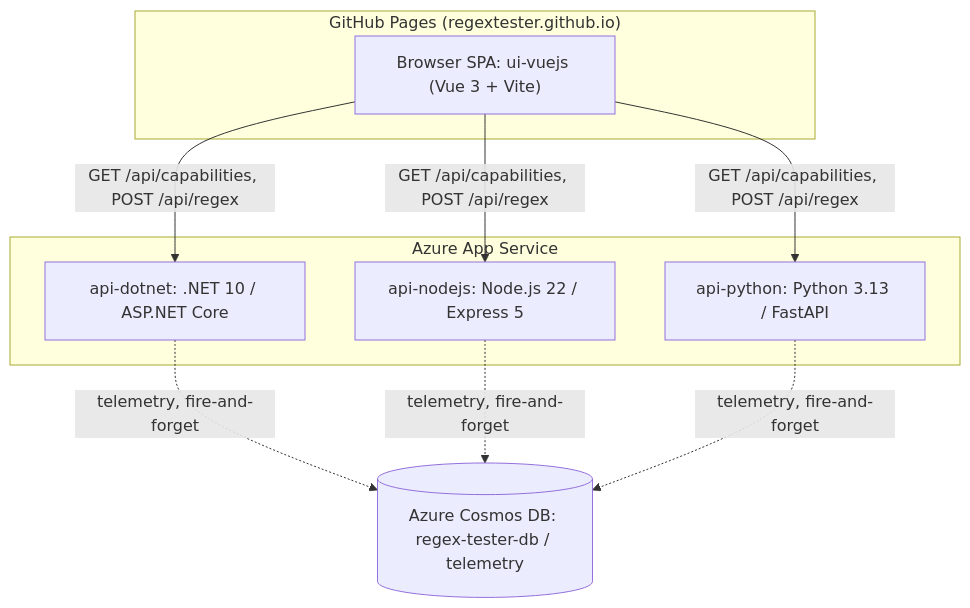
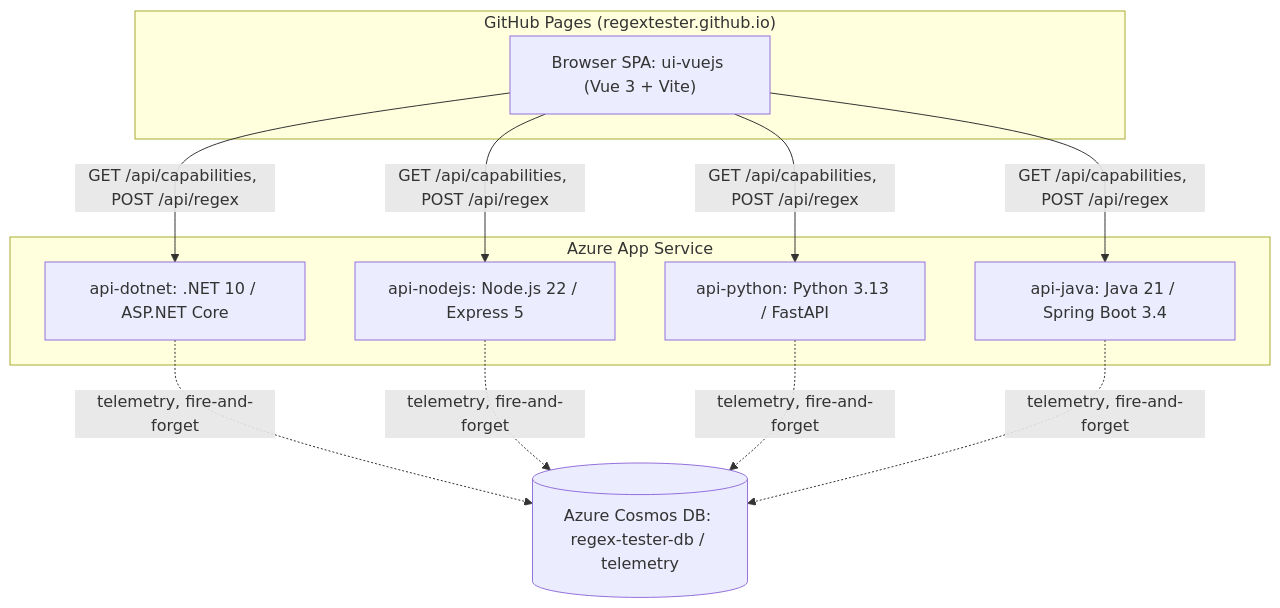
Before and after one commit to RegExTester/regex-tester: the first of 2 diagrams in ARCHITECTURE.md, drawn with Mermaid. The commit also changed other lines of this file and 65 other files, not shown here.

````diff
--- a/ARCHITECTURE.md
+++ b/ARCHITECTURE.md
@@ -11,21 +12,24 @@
 ```mermaid
 flowchart TD
     subgraph Pages["GitHub Pages (regextester.github.io)"]
         SPA["Browser SPA: ui-vuejs (Vue 3 + Vite)"]
     end
 
     subgraph Azure["Azure App Service"]
         Dotnet["api-dotnet: .NET 10 / ASP.NET Core"]
         Nodejs["api-nodejs: Node.js 22 / Express 5"]
         Python["api-python: Python 3.13 / FastAPI"]
+        Java["api-java: Java 21 / Spring Boot 3.4"]
     end
 
     Cosmos[("Azure Cosmos DB: regex-tester-db / telemetry")]
 
     SPA -->|"GET /api/capabilities, POST /api/regex"| Dotnet
     SPA -->|"GET /api/capabilities, POST /api/regex"| Nodejs
     SPA -->|"GET /api/capabilities, POST /api/regex"| Python
+    SPA -->|"GET /api/capabilities, POST /api/regex"| Java
     Dotnet -.->|"telemetry, fire-and-forget"| Cosmos
     Nodejs -.->|"telemetry, fire-and-forget"| Cosmos
     Python -.->|"telemetry, fire-and-forget"| Cosmos
+    Java -.->|"telemetry, fire-and-forget"| Cosmos
 ```
````
